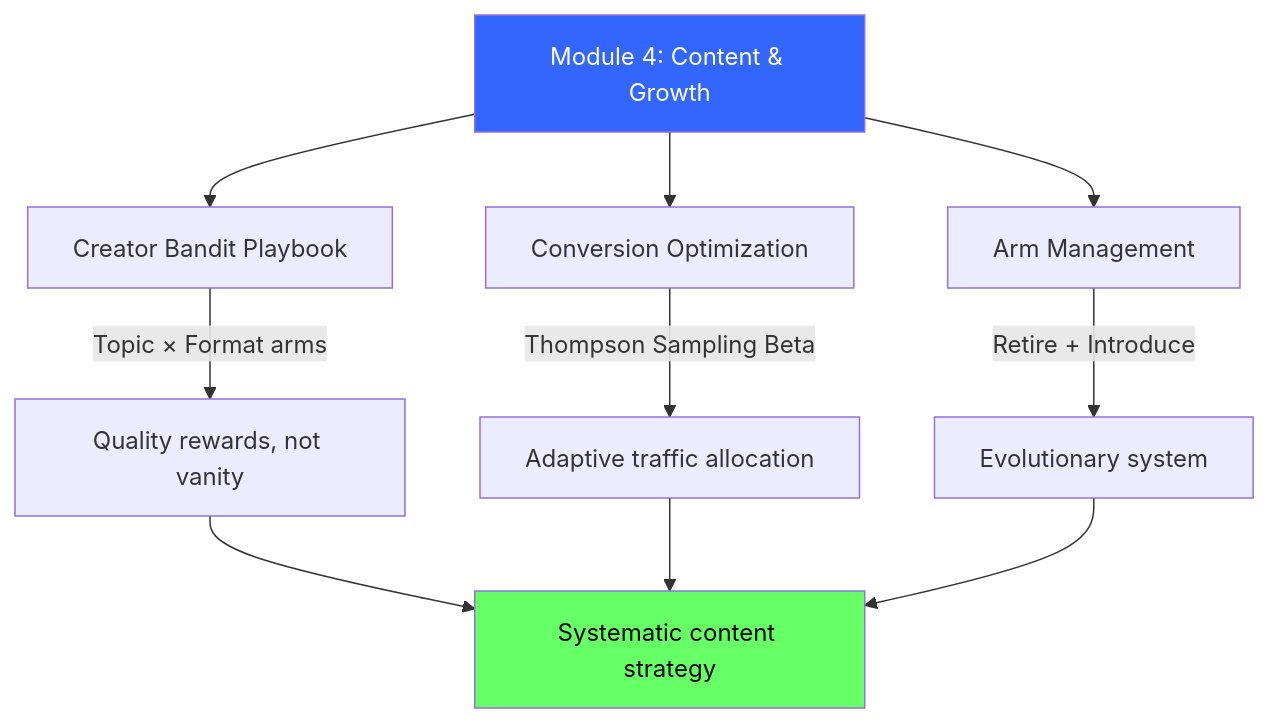
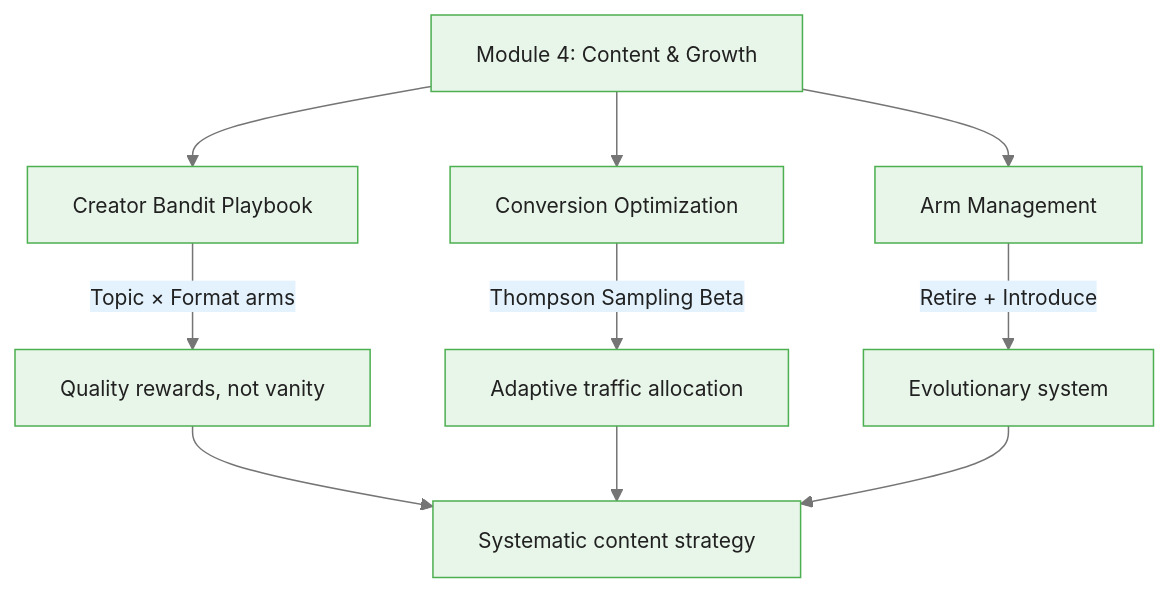
The fifth of 5 diagrams in courses/multi-armed-bandits-ab-testing/modules/module_04_content_growth_optimization/guides/cheatsheet_slides.md (m-deane/course-creator), drawn with Mermaid before and after one commit. The commit also changed other lines of this file and 146 other files, not shown here.

````diff
--- a/courses/multi-armed-bandits-ab-testing/modules/module_04_content_growth_optimization/guides/cheatsheet_slides.md
+++ b/courses/multi-armed-bandits-ab-testing/modules/module_04_content_growth_optimization/guides/cheatsheet_slides.md
@@ -215,17 +239,15 @@
 ```mermaid
+%%{init: {"theme": "base", "themeVariables": {"primaryColor": "#e8f5e9", "primaryBorderColor": "#4caf50", "primaryTextColor": "#212121", "secondaryColor": "#e3f2fd", "tertiaryColor": "#fff8e1", "lineColor": "#757575", "fontFamily": "Inter, sans-serif", "fontSize": "14px"}}}%%
 flowchart TD
     M4["Module 4: Content & Growth"] --> Creator["Creator Bandit Playbook"]
     M4 --> Conv["Conversion Optimization"]
     M4 --> ArmMgmt["Arm Management"]
 
     Creator --> |"Topic × Format arms"| Quality["Quality rewards, not vanity"]
     Conv --> |"Thompson Sampling Beta"| Adaptive["Adaptive traffic allocation"]
     ArmMgmt --> |"Retire + Introduce"| Evolve["Evolutionary system"]
 
     Quality --> Result["Systematic content strategy"]
     Adaptive --> Result
     Evolve --> Result
-
-    style M4 fill:#36f,color:#fff
-    style Result fill:#6f6,color:#000
 ```
````
